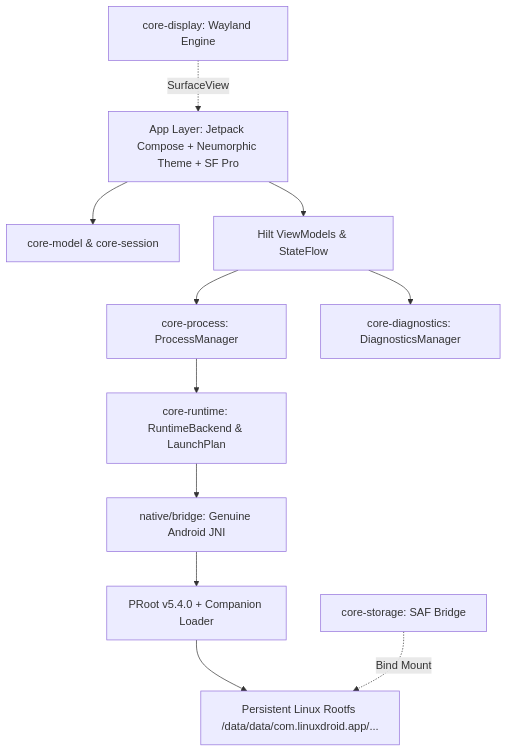
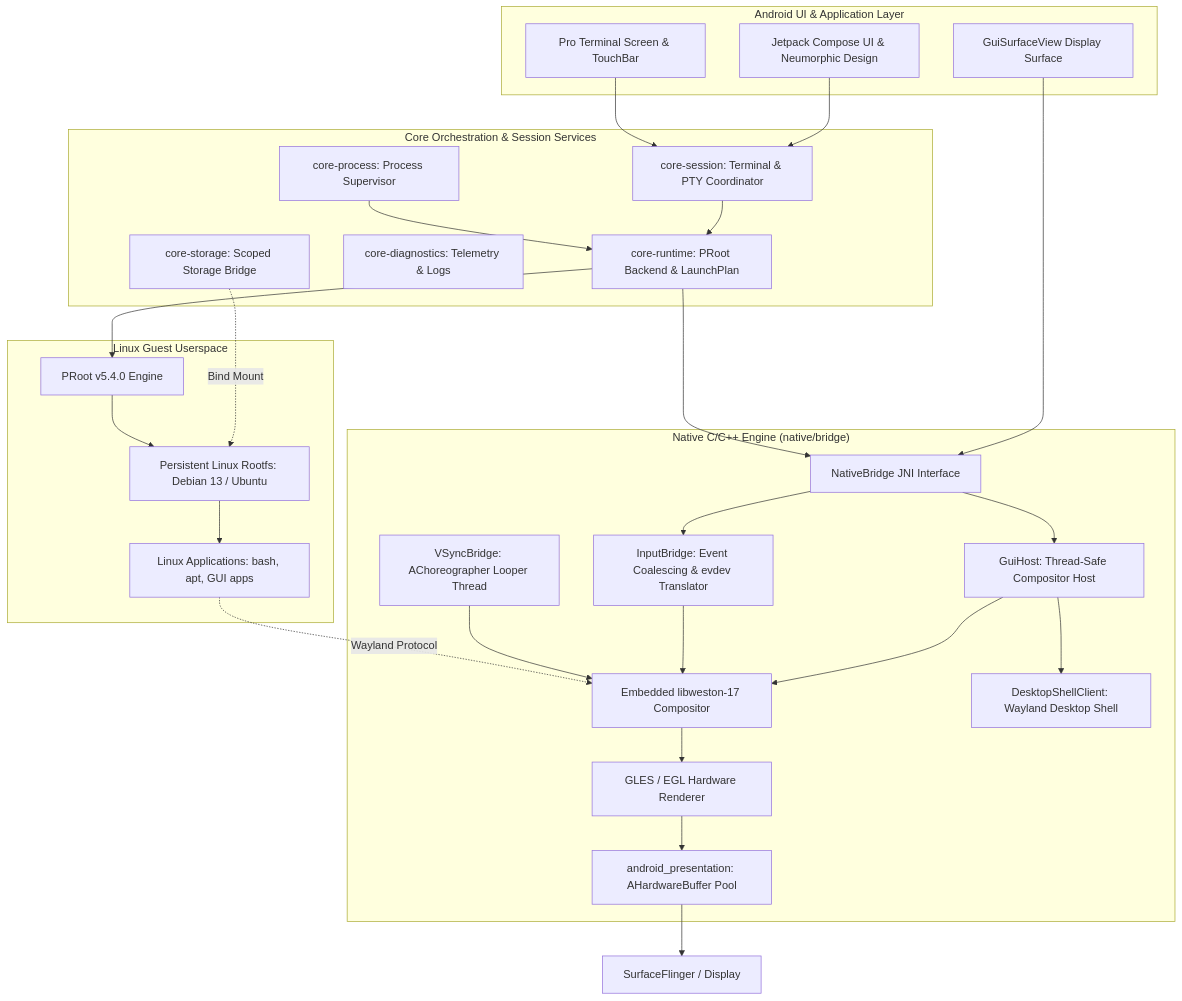
Before and after one commit to InfidelRahul/LinuxDroid: the diagram in README.md, drawn with Mermaid. The commit also changed other lines of this file and 6 other files, not shown here.

````diff
--- a/README.md
+++ b/README.md
@@ -82,16 +100,57 @@
 ```mermaid
 graph TD
-    UI[App Layer: Jetpack Compose + Neumorphic Theme + SF Pro] --> CORE_MODELS[core-model & core-session]
-    UI --> VIEWMODELS[Hilt ViewModels & StateFlow]
-    VIEWMODELS --> CORE_PROCESS[core-process: ProcessManager]
-    VIEWMODELS --> CORE_DIAGNOSTICS[core-diagnostics: DiagnosticsManager]
-    
-    CORE_PROCESS --> CORE_RUNTIME[core-runtime: RuntimeBackend & LaunchPlan]
-    CORE_RUNTIME --> JNI_BRIDGE[native/bridge: Genuine Android JNI]
-    
-    JNI_BRIDGE --> PROOT_ENGINE[PRoot v5.4.0 + Companion Loader]
-    PROOT_ENGINE --> ROOTFS[Persistent Linux Rootfs /data/data/com.linuxdroid.app/...]
-    
-    CORE_STORAGE[core-storage: SAF Bridge] -. Bind Mount .-> ROOTFS
-    CORE_DISPLAY[core-display: Wayland Engine] -. SurfaceView .-> UI
+    subgraph UI_Layer ["Android UI & Application Layer"]
+        COMPOSE[Jetpack Compose UI & Neumorphic Design]
+        TERMINAL_VIEW[Pro Terminal Screen & TouchBar]
+        GUI_SURFACE[GuiSurfaceView Display Surface]
+    end
+
+    subgraph Core_Layer ["Core Orchestration & Session Services"]
+        SESSION[core-session: Terminal & PTY Coordinator]
+        PROCESS[core-process: Process Supervisor]
+        RUNTIME[core-runtime: PRoot Backend & LaunchPlan]
+        DIAGNOSTICS[core-diagnostics: Telemetry & Logs]
+        STORAGE[core-storage: Scoped Storage Bridge]
+    end
+
+    subgraph Native_Layer ["Native C/C++ Engine (native/bridge)"]
+        JNI[NativeBridge JNI Interface]
+        GUI_HOST[GuiHost: Thread-Safe Compositor Host]
+        INPUT_BRIDGE[InputBridge: Event Coalescing & evdev Translator]
+        VSYNC_BRIDGE[VSyncBridge: AChoreographer Looper Thread]
+        WESTON[Embedded libweston-17 Compositor]
+        GLES_RENDERER[GLES / EGL Hardware Renderer]
+        PRESENTATION[android_presentation: AHardwareBuffer Pool]
+        SHELL_CLIENT[DesktopShellClient: Wayland Desktop Shell]
+    end
+
+    subgraph Guest_Layer ["Linux Guest Userspace"]
+        PROOT[PRoot v5.4.0 Engine]
+        ROOTFS[Persistent Linux Rootfs: Debian 13 / Ubuntu]
+        GUEST_APPS[Linux Applications: bash, apt, GUI apps]
+    end
+
+    COMPOSE --> SESSION
+    TERMINAL_VIEW --> SESSION
+    GUI_SURFACE --> JNI
+
+    SESSION --> RUNTIME
+    PROCESS --> RUNTIME
+    RUNTIME --> JNI
+
+    JNI --> GUI_HOST
+    GUI_HOST --> WESTON
+    GUI_HOST --> SHELL_CLIENT
+    JNI --> INPUT_BRIDGE
+    INPUT_BRIDGE --> WESTON
+    VSYNC_BRIDGE --> WESTON
+    WESTON --> GLES_RENDERER
+    GLES_RENDERER --> PRESENTATION
+    PRESENTATION --> ANDROID_SURFACE[SurfaceFlinger / Display]
+
+    RUNTIME --> PROOT
+    STORAGE -. Bind Mount .-> ROOTFS
+    PROOT --> ROOTFS
+    ROOTFS --> GUEST_APPS
+    GUEST_APPS -. Wayland Protocol .-> WESTON
 ```
````
